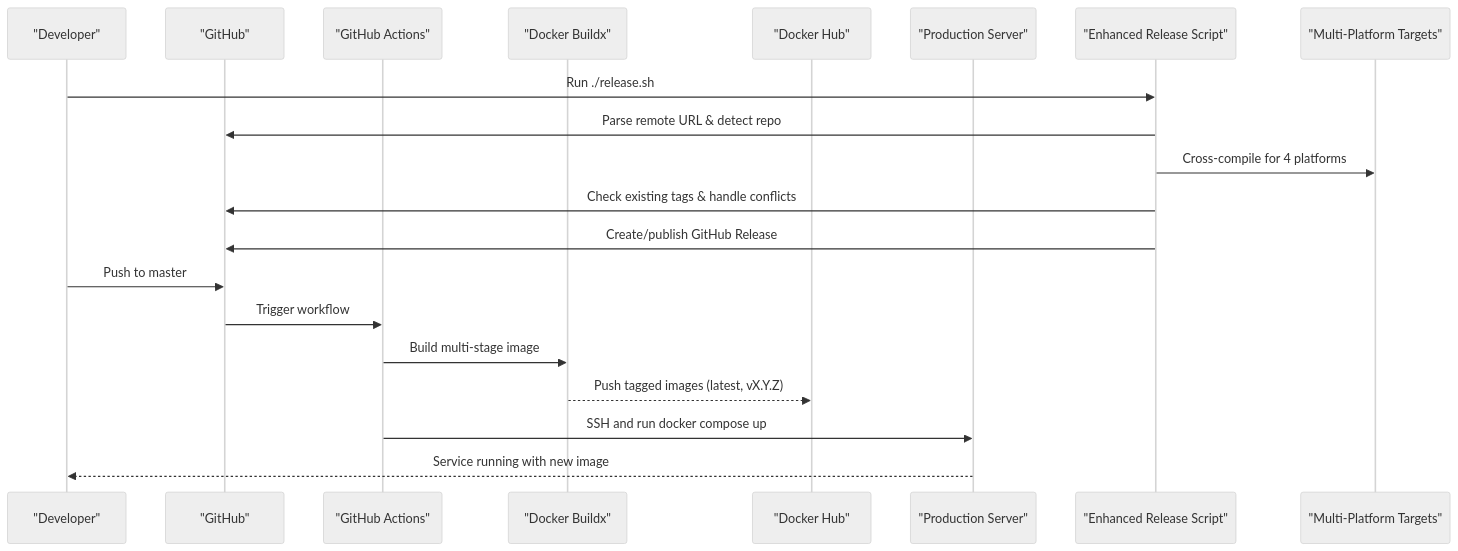
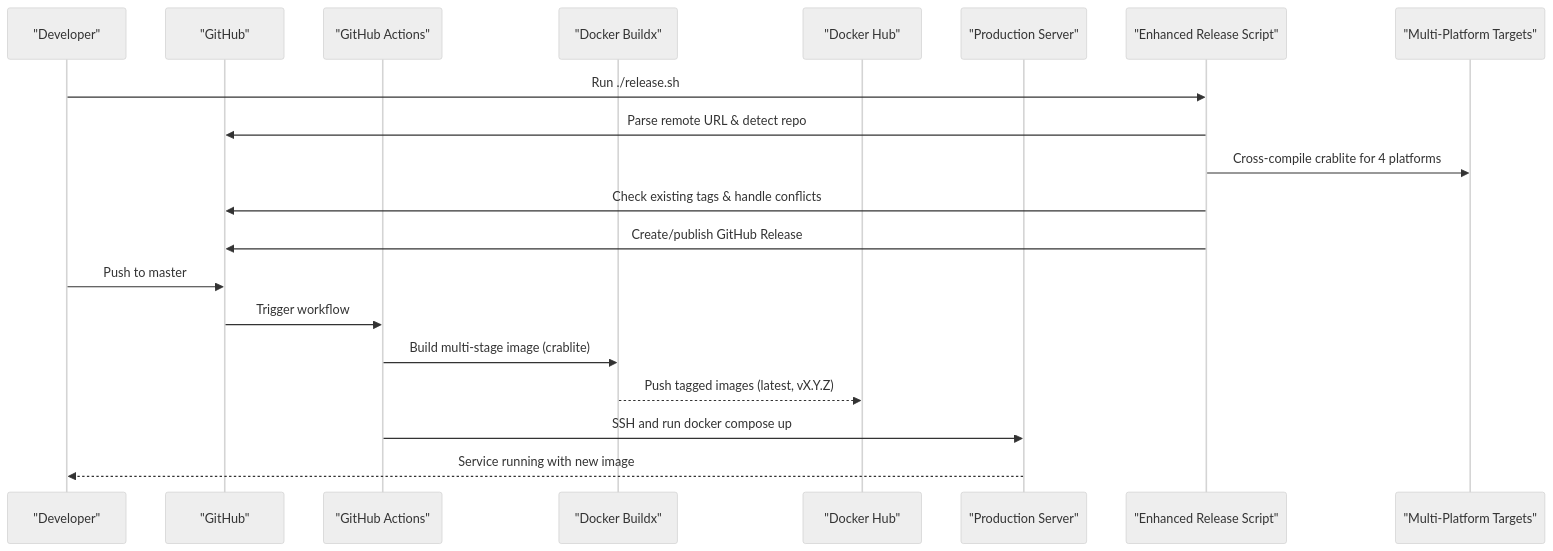
Before and after one commit to sutanto1010/crablite: the second of 10 diagrams in .qoder/repowiki/en/content/Deployment & Operations/Release Process.md, drawn with Mermaid (neutral theme). The commit also changed other lines of this file and 30 other files, not shown here.

````diff
--- a/.qoder/repowiki/en/content/Deployment & Operations/Release Process.md
+++ b/.qoder/repowiki/en/content/Deployment & Operations/Release Process.md
@@ -116,22 +117,22 @@
 ```mermaid
 sequenceDiagram
 participant Dev as "Developer"
 participant GH as "GitHub"
 participant Actions as "GitHub Actions"
 participant Builder as "Docker Buildx"
 participant Reg as "Docker Hub"
 participant Prod as "Production Server"
 participant Local as "Enhanced Release Script"
 participant Targets as "Multi-Platform Targets"
 Dev->>Local : Run ./release.sh
 Local->>GH : Parse remote URL & detect repo
-Local->>Targets : Cross-compile for 4 platforms
+Local->>Targets : Cross-compile crablite for 4 platforms
 Local->>GH : Check existing tags & handle conflicts
 Local->>GH : Create/publish GitHub Release
 Dev->>GH : Push to master
 GH->>Actions : Trigger workflow
-Actions->>Builder : Build multi-stage image
+Actions->>Builder : Build multi-stage image (crablite)
 Builder-->>Reg : Push tagged images (latest, vX.Y.Z)
 Actions->>Prod : SSH and run docker compose up
 Prod-->>Dev : Service running with new image
 ```
````
